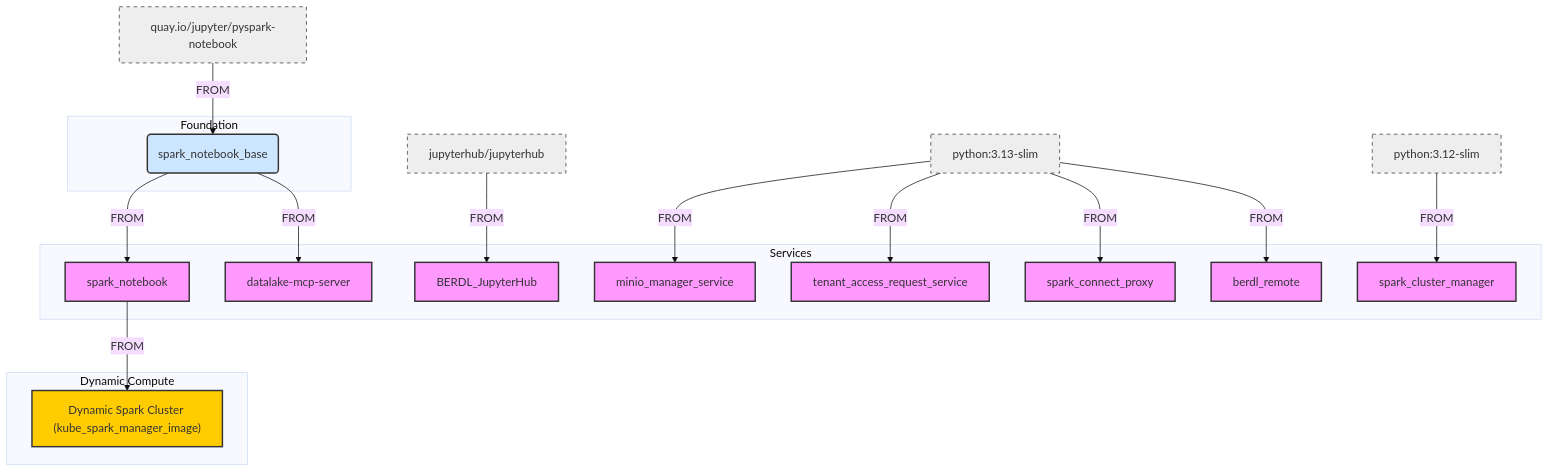
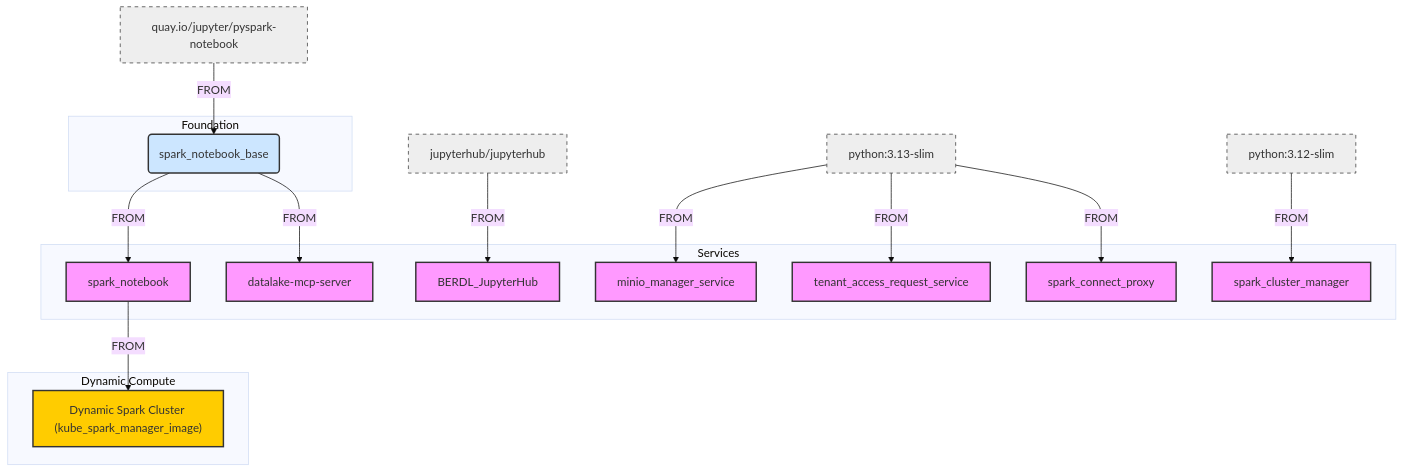
One commit to BERDataLakehouse/berdl_docs changed the second of 3 diagrams in README.md. Above: the diagram before and after it, drawn with Mermaid (base theme). The commit also changed 6 other files, not shown here.

First line of the commit message:
Fix remaining doc issues: remove berdl_remote from diagram, add metadata

````diff
--- a/README.md
+++ b/README.md
@@ -118,56 +118,54 @@
 ```mermaid
 graph TD
     %% Base Images
     JQ[quay.io/jupyter/pyspark-notebook]
     PUB_JH[jupyterhub/jupyterhub]
     PY313[python:3.13-slim]
     PY312[python:3.12-slim]
 
     %% Internal Base
     subgraph Foundation
         id1(spark_notebook_base)
     end
 
     %% Services
     subgraph Services
         NB[spark_notebook]
         MCP[datalake-mcp-server]
         MMS[minio_manager_service]
         SCM[spark_cluster_manager]
         JH[BERDL_JupyterHub]
         TAS[tenant_access_request_service]
-        BRM[berdl_remote]
         SPX[spark_connect_proxy]
     end
 
     %% Dynamic Compute
     subgraph DynamicCompute ["Dynamic Compute"]
         DYNC["Dynamic Spark Cluster (kube_spark_manager_image)"]
     end
 
     %% Relations
     JQ -->|FROM| id1
     
     id1 -->|FROM| NB
     id1 -->|FROM| MCP
     
     NB -->|FROM| DYNC
     
     PUB_JH -->|FROM| JH
     PY313 -->|FROM| MMS
     PY313 -->|FROM| TAS
     PY313 -->|FROM| SPX
     PY312 -->|FROM| SCM
-    PY313 -->|FROM| BRM
     
     %% Styling
     classDef external fill:#eee,stroke:#333,stroke-dasharray: 5 5;
     classDef internal fill:#cce6ff,stroke:#333,stroke-width:2px;
     classDef service fill:#f9f,stroke:#333,stroke-width:2px;
     classDef compute fill:#ffcc00,stroke:#333,stroke-width:2px;
 
     class JQ,PUB_JH,PY313,PY312 external;
     class id1 internal;
-    class NB,MCP,MMS,SCM,JH,TAS,BRM,SPX service;
+    class NB,MCP,MMS,SCM,JH,TAS,SPX service;
     class DYNC compute;
 ```
````
